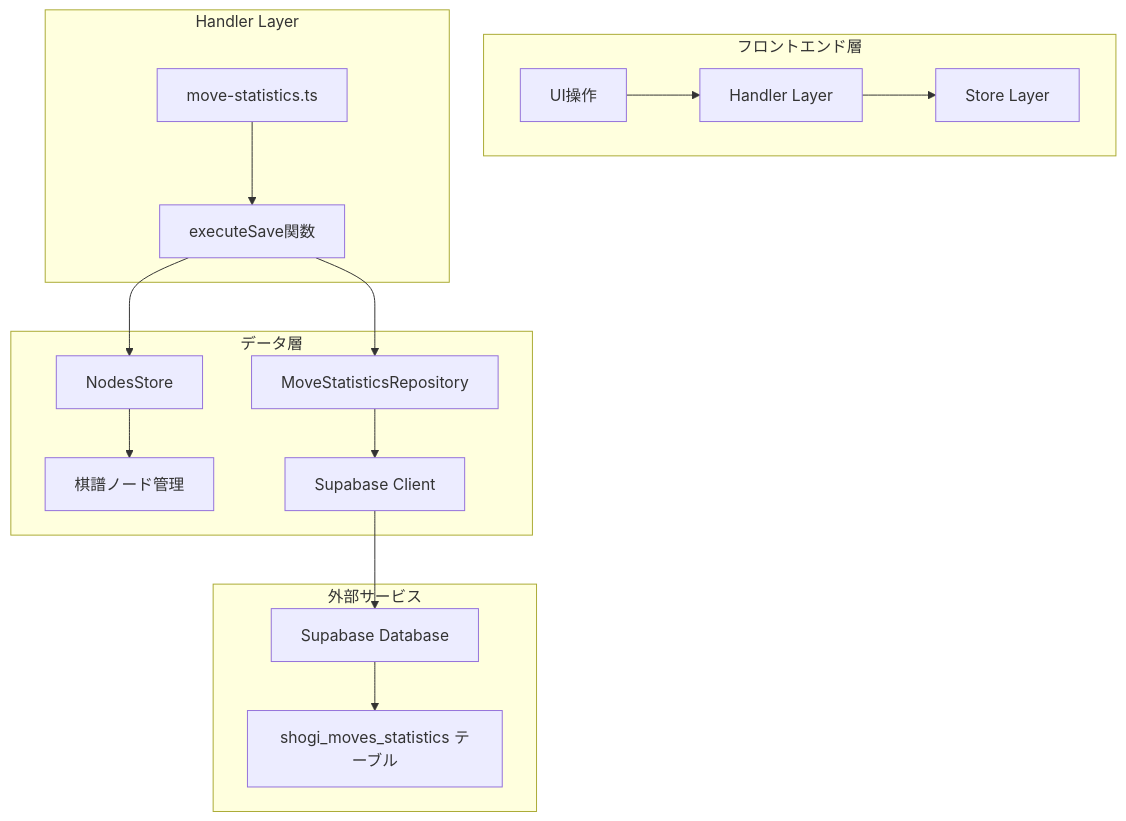
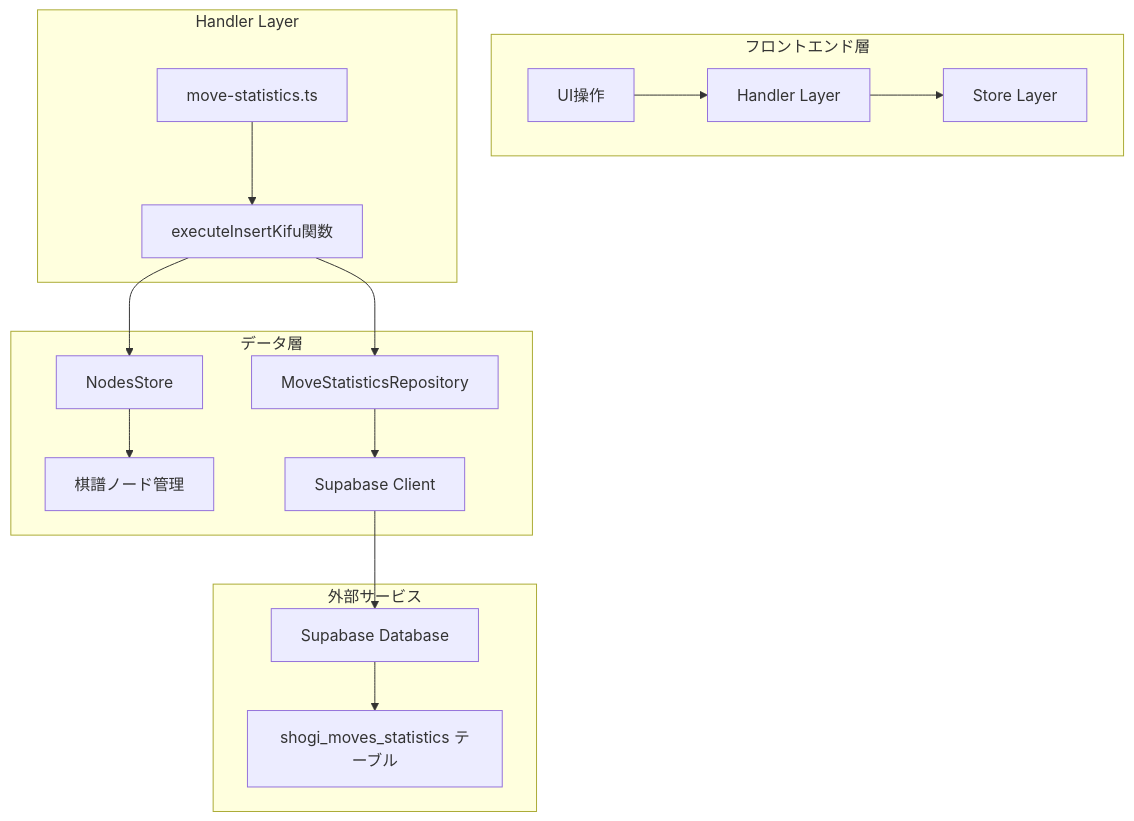
The first of 7 diagrams in .qoder/quests/move-statistics-record-creation.md (hashiryo/SvelteShogi), drawn with Mermaid before and after one commit. The commit also changed other lines of this file and 7 other files, not shown here.

````diff
--- a/.qoder/quests/move-statistics-record-creation.md
+++ b/.qoder/quests/move-statistics-record-creation.md
@@ -13,26 +13,26 @@
 ```mermaid
 graph TB
     subgraph "フロントエンド層"
         A[UI操作] --> B[Handler Layer]
         B --> C[Store Layer]
     end
 
     subgraph "Handler Layer"
         D[move-statistics.ts]
-        D --> E[executeSave関数]
+        D --> E[executeInsertKifu関数]
     end
 
     subgraph "データ層"
         F[NodesStore] --> G[棋譜ノード管理]
         H[MoveStatisticsRepository] --> I[Supabase Client]
     end
 
     subgraph "外部サービス"
         J[Supabase Database]
         J --> K[shogi_moves_statistics テーブル]
     end
 
     E --> F
     E --> H
     I --> J
 ```
````
